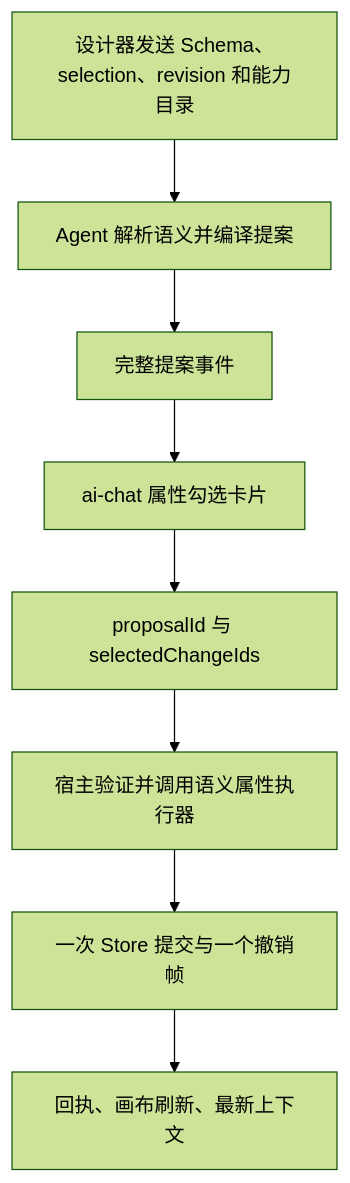
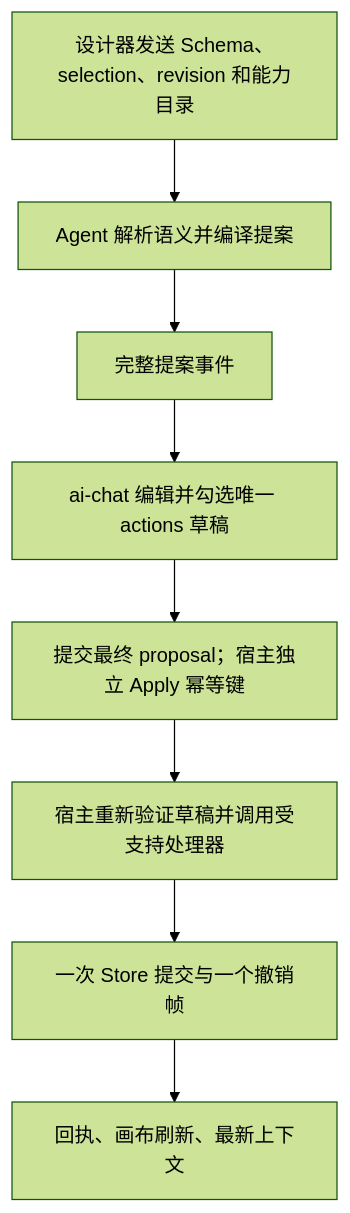
One commit to yangyang74140/FormDesignerAgent changed the diagram in doc/ai-chat-property-edit-integration.md. Above: the diagram before and after it, drawn with Mermaid (forest theme). The commit also changed other lines of this file and 27 other files, not shown here.

````diff
--- a/doc/ai-chat-property-edit-integration.md
+++ b/doc/ai-chat-property-edit-integration.md
@@ -42,10 +44,10 @@
 ```mermaid
 flowchart TD
     A[设计器发送 Schema、selection、revision 和能力目录] --> B[Agent 解析语义并编译提案]
     B --> C[完整提案事件]
-    C --> D[ai-chat 属性勾选卡片]
-    D --> E[proposalId 与 selectedChangeIds]
-    E --> F[宿主验证并调用语义属性执行器]
+    C --> D[ai-chat 编辑并勾选唯一 actions 草稿]
+    D --> E[提交最终 proposal；宿主独立 Apply 幂等键]
+    E --> F[宿主重新验证草稿并调用受支持处理器]
     F --> G[一次 Store 提交与一个撤销帧]
     G --> H[回执、画布刷新、最新上下文]
 ```
````
